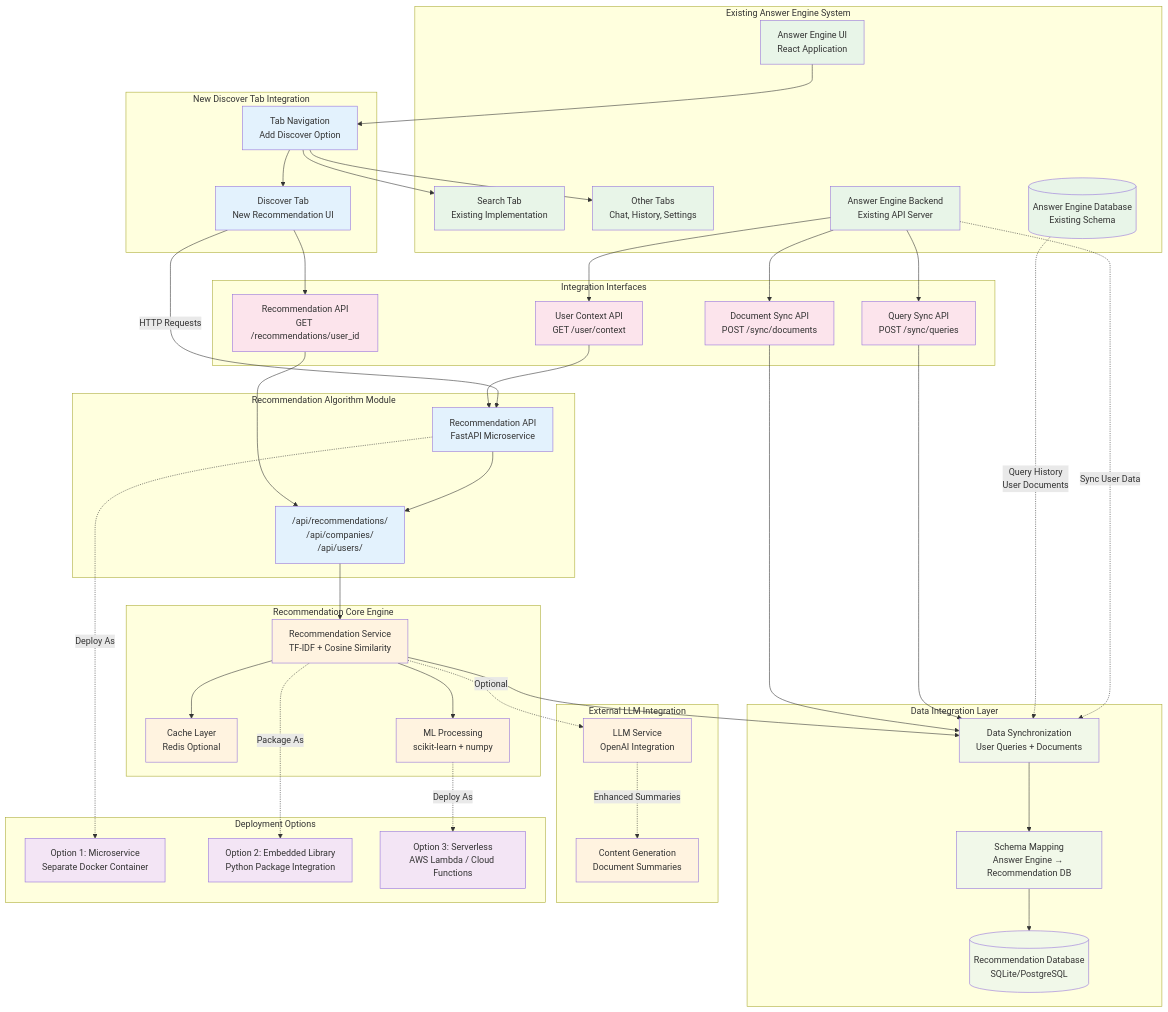
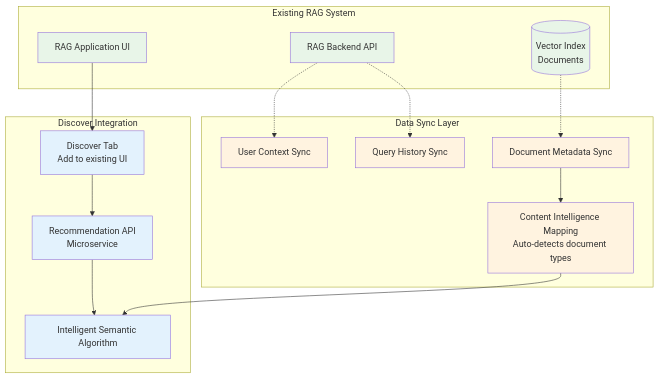
Before and after one commit to skandvijay/discover-recommendation: the fourth of 4 diagrams in README.md, drawn with Mermaid. The commit also changed other lines of this file and 15 other files, not shown here.

Commit message:
Algorithm Update cross-user intent readme updatee

````diff
--- a/README.md
+++ b/README.md
@@ -681,107 +273,39 @@
 ```mermaid
 graph TB
-    subgraph "Existing Answer Engine System"
-        ANSWER_UI[Answer Engine UI<br/>React Application]
-        SEARCH_TAB_EXISTING[Search Tab<br/>Existing Implementation]
-        OTHER_TABS[Other Tabs<br/>Chat, History, Settings]
-        ANSWER_BACKEND[Answer Engine Backend<br/>Existing API Server]
-        ANSWER_DB[(Answer Engine Database<br/>Existing Schema)]
+    subgraph "Existing RAG System"
+        RAG_UI[RAG Application UI]
+        RAG_API[RAG Backend API]
+        VECTOR_DB[(Vector Index<br/>Documents)]
     end
     
-    subgraph "New Discover Tab Integration"
-        DISCOVER_TAB[Discover Tab<br/>New Recommendation UI]
-        TAB_SELECTOR[Tab Navigation<br/>Add Discover Option]
+    subgraph "Discover Integration"
+        DISCOVER_TAB[Discover Tab<br/>Add to existing UI]
+        REC_API[Recommendation API<br/>Microservice]
+        REC_ENGINE[Intelligent Semantic Algorithm]
     end
     
-    subgraph "Recommendation Algorithm Module"
-        REC_API[Recommendation API<br/>FastAPI Microservice]
-        REC_ENDPOINTS["/api/recommendations/<br/>/api/companies/<br/>/api/users/"]
+    subgraph "Data Sync Layer"
+        USERS[User Context Sync]
+        QUERIES[Query History Sync]
+        DOCS[Document Metadata Sync]
+        MAPPING[Content Intelligence Mapping<br/>Auto-detects document types]
     end
     
-    subgraph "Recommendation Core Engine"
-        REC_SERVICE[Recommendation Service<br/>TF-IDF + Cosine Similarity]
-        CACHE_LAYER[Cache Layer<br/>Redis Optional]
-        ML_PROCESSOR[ML Processing<br/>scikit-learn + numpy]
-    end
+    RAG_UI --> DISCOVER_TAB
+    DISCOVER_TAB --> REC_API
+    REC_API --> REC_ENGINE
     
-    subgraph "Data Integration Layer"
-        DATA_SYNC[Data Synchronization<br/>User Queries + Documents]
-        SCHEMA_MAPPING[Schema Mapping<br/>Answer Engine → Recommendation DB]
-        REC_DB[(Recommendation Database<br/>SQLite/PostgreSQL)]
-    end
+    RAG_API -.-> USERS
+    RAG_API -.-> QUERIES
+    VECTOR_DB -.-> DOCS
+    DOCS --> MAPPING
+    MAPPING --> REC_ENGINE
     
-    subgraph "External LLM Integration"
-        LLM_SERVICE[LLM Service<br/>OpenAI Integration]
-        CONTENT_GENERATION[Content Generation<br/>Document Summaries]
-    end
-    
-    %% Integration Flow - UI Level
-    ANSWER_UI --> TAB_SELECTOR
-    TAB_SELECTOR --> SEARCH_TAB_EXISTING
-    TAB_SELECTOR --> DISCOVER_TAB
-    TAB_SELECTOR --> OTHER_TABS
-    
-    %% Integration Flow - API Level
-    DISCOVER_TAB -->|HTTP Requests| REC_API
-    REC_API --> REC_ENDPOINTS
-    REC_ENDPOINTS --> REC_SERVICE
-    
-    %% Algorithm Processing
-    REC_SERVICE --> CACHE_LAYER
-    REC_SERVICE --> ML_PROCESSOR
-    REC_SERVICE --> DATA_SYNC
-    
-    %% Data Integration
-    DATA_SYNC --> SCHEMA_MAPPING
-    SCHEMA_MAPPING --> REC_DB
-    ANSWER_BACKEND -.->|Sync User Data| DATA_SYNC
-    ANSWER_DB -.->|Query History<br/>User Documents| DATA_SYNC
-    
-    %% Optional LLM Integration
-    REC_SERVICE -.->|Optional| LLM_SERVICE
-    LLM_SERVICE -.->|Enhanced Summaries| CONTENT_GENERATION
-    
-    %% Integration Points (Key Interfaces)
-    subgraph "Integration Interfaces"
-        USER_CONTEXT[User Context API<br/>GET /user/context]
-        QUERY_SYNC[Query Sync API<br/>POST /sync/queries]
-        DOC_SYNC[Document Sync API<br/>POST /sync/documents]
-        RECOMMENDATION_API[Recommendation API<br/>GET /recommendations/user_id]
-    end
-    
-    ANSWER_BACKEND --> USER_CONTEXT
-    ANSWER_BACKEND --> QUERY_SYNC
-    ANSWER_BACKEND --> DOC_SYNC
-    DISCOVER_TAB --> RECOMMENDATION_API
-    
-    USER_CONTEXT --> REC_API
-    QUERY_SYNC --> DATA_SYNC
-    DOC_SYNC --> DATA_SYNC
-    RECOMMENDATION_API --> REC_ENDPOINTS
-    
-    %% Deployment Options
-    subgraph "Deployment Options"
-        MICROSERVICE[Option 1: Microservice<br/>Separate Docker Container]
-        EMBEDDED[Option 2: Embedded Library<br/>Python Package Integration]
-        SERVERLESS[Option 3: Serverless<br/>AWS Lambda / Cloud Functions]
-    end
-    
-    REC_API -.->|Deploy As| MICROSERVICE
-    REC_SERVICE -.->|Package As| EMBEDDED
-    ML_PROCESSOR -.->|Deploy As| SERVERLESS
-    
-    %% Styling
     classDef existing fill:#e8f5e8
     classDef new fill:#e3f2fd
-    classDef algorithm fill:#fff3e0
-    classDef integration fill:#fce4ec
-    classDef deployment fill:#f3e5f5
-    classDef data fill:#f1f8e9
+    classDef sync fill:#fff3e0
     
-    class ANSWER_UI,SEARCH_TAB_EXISTING,OTHER_TABS,ANSWER_BACKEND,ANSWER_DB existing
-    class DISCOVER_TAB,TAB_SELECTOR,REC_API,REC_ENDPOINTS new
-    class REC_SERVICE,CACHE_LAYER,ML_PROCESSOR,LLM_SERVICE,CONTENT_GENERATION algorithm
-    class USER_CONTEXT,QUERY_SYNC,DOC_SYNC,RECOMMENDATION_API integration
-    class MICROSERVICE,EMBEDDED,SERVERLESS deployment
-    class DATA_SYNC,SCHEMA_MAPPING,REC_DB data
+    class RAG_UI,RAG_API,VECTOR_DB existing
+    class DISCOVER_TAB,REC_API,REC_ENGINE new
+    class USERS,QUERIES,DOCS,MAPPING sync
 ```
````
